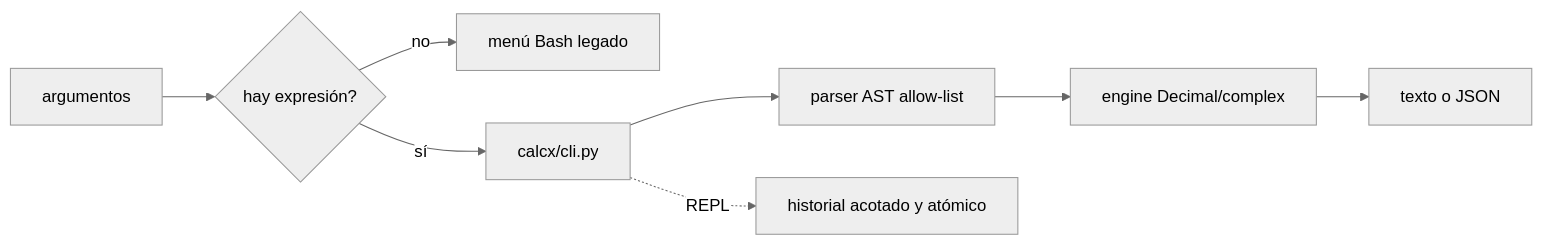
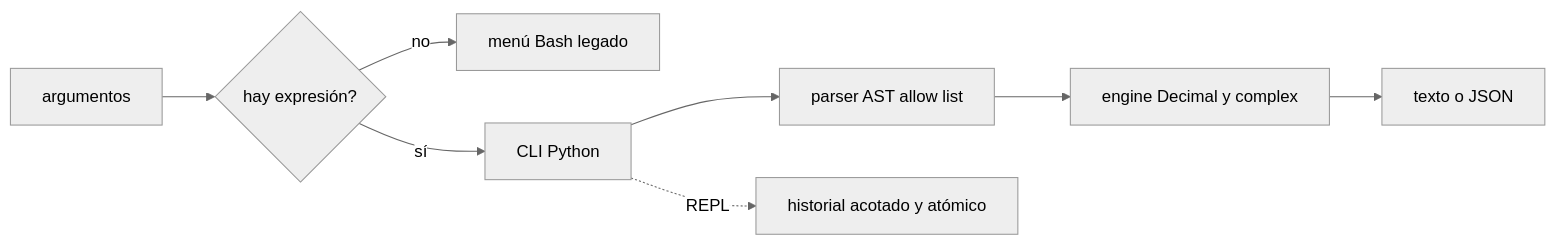
Before and after one commit to genesisgzdev/calcx-advanced: the diagram in README.md, drawn with Mermaid (neutral theme). The commit also changed 1 other file, not shown here.

Commit message:
Fix GitHub Mermaid diagrams

````diff
--- a/README.md
+++ b/README.md
@@ -24,10 +24,10 @@
 ```mermaid
 flowchart LR
     A[argumentos] --> B{hay expresión?}
     B -- no --> C[menú Bash legado]
-    B -- sí --> D[calcx/cli.py]
-    D --> E[parser AST allow-list]
-    E --> F[engine Decimal/complex]
+    B -- sí --> D[CLI Python]
+    D --> E[parser AST allow list]
+    E --> F[engine Decimal y complex]
     F --> G[texto o JSON]
     D -. REPL .-> H[historial acotado y atómico]
 ```
````
